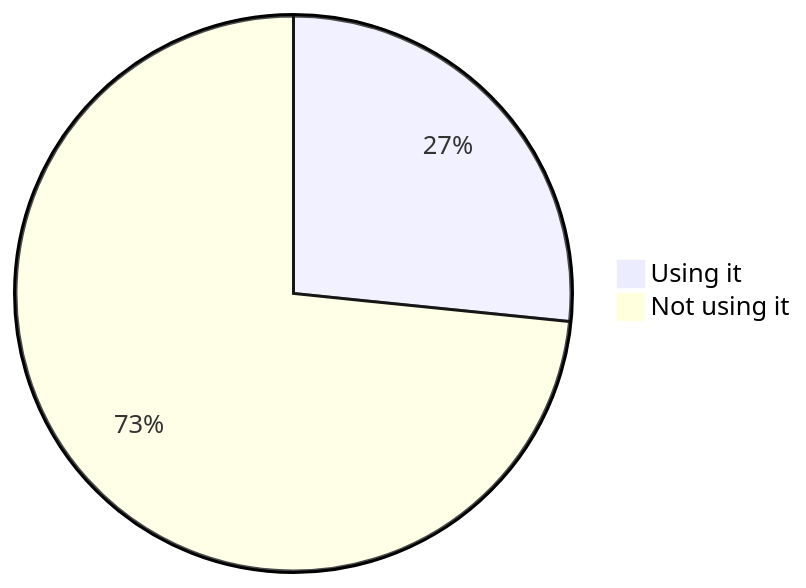
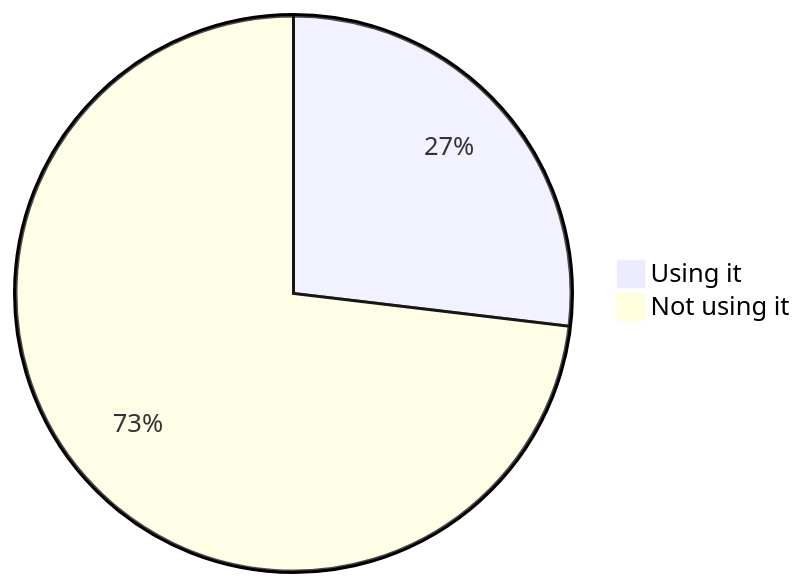
Diagram 15 of 22 in stats.md (oshp/oshp-stats), drawn with Mermaid before and after one commit. The commit also changed other lines of this file, not shown here.

````diff
--- a/stats.md
+++ b/stats.md
@@ -178,6 +178,6 @@
 ```mermaid
 pie
-	"Using it" : 26.61
-	"Not using it" : 73.39
+	"Using it" : 26.88
+	"Not using it" : 73.12
 
 ```
````
